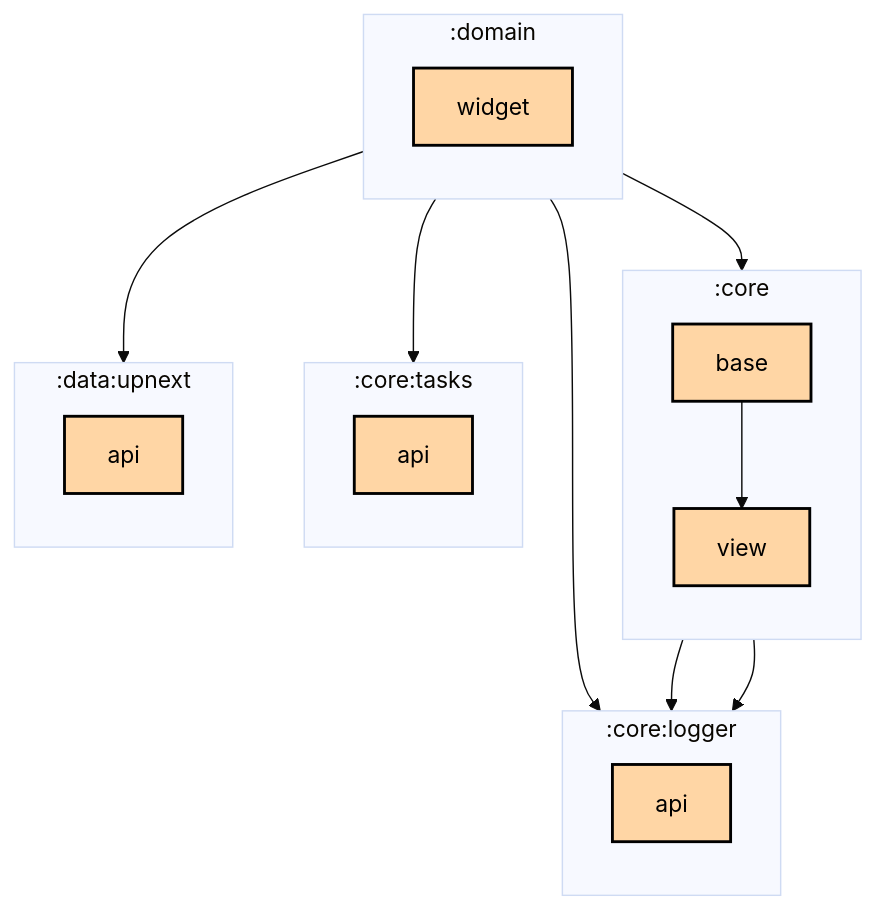
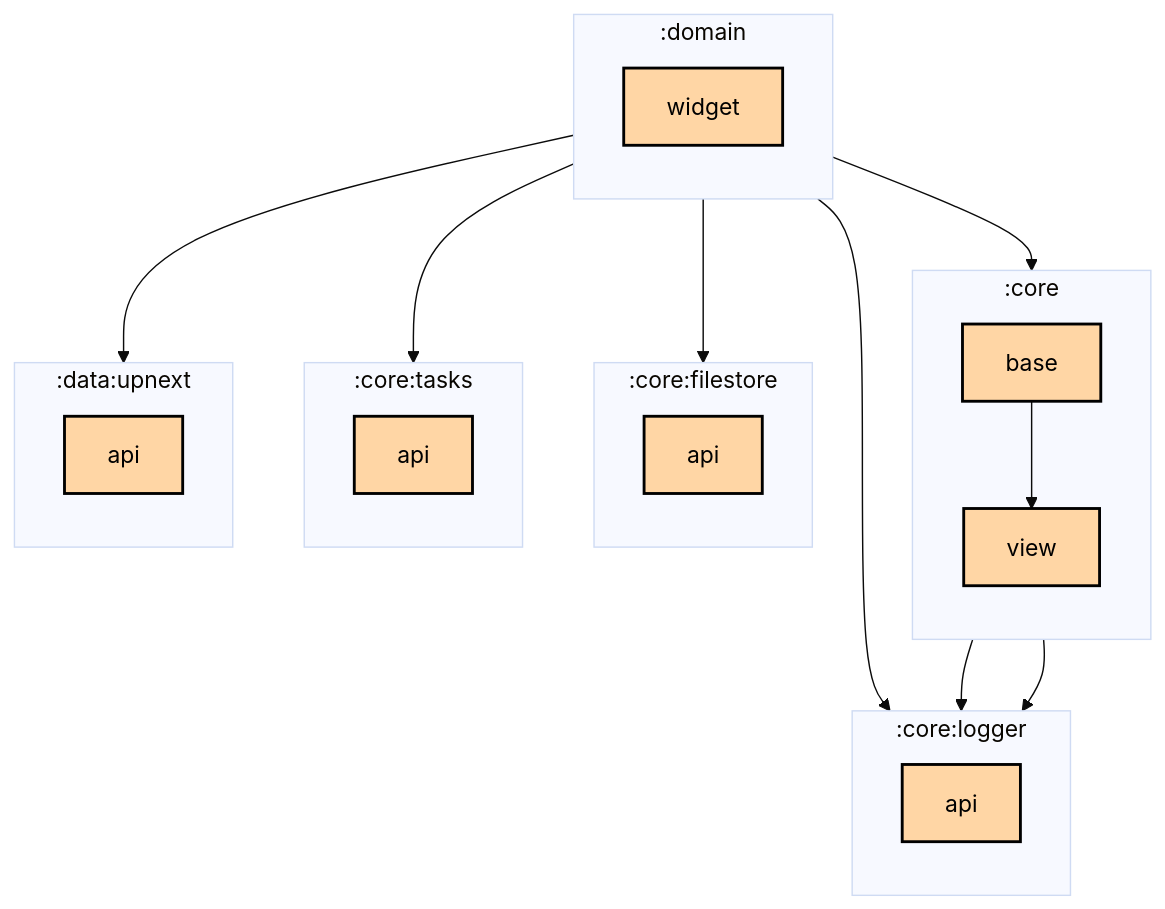
One commit to thomaskioko/tv-maniac changed the first of 2 diagrams in domain/widget/README.md. Above: the diagram before and after it, drawn with Mermaid (base theme). The commit also changed 4 other files, not shown here.

Commit message:
Write the widget snapshot through the filestore

````diff
--- a/domain/widget/README.md
+++ b/domain/widget/README.md
@@ -6,38 +6,43 @@
 ```mermaid
 graph TB
   subgraph :core
     direction TB
     :core:base[base]:::multiplatform
     :core:view[view]:::multiplatform
+  end
+  subgraph :core:filestore
+    direction TB
+    :core:filestore:api[api]:::multiplatform
   end
   subgraph :core:logger
     direction TB
     :core:logger:api[api]:::multiplatform
   end
   subgraph :core:tasks
     direction TB
     :core:tasks:api[api]:::multiplatform
   end
   subgraph :data:upnext
     direction TB
     :data:upnext:api[api]:::multiplatform
   end
   subgraph :domain
     direction TB
     :domain:widget[widget]:::multiplatform
   end
 
   :core:base --> :core:logger:api
   :core:base --> :core:view
   :core:view --> :core:logger:api
   :domain:widget --> :core:base
+  :domain:widget --> :core:filestore:api
   :domain:widget --> :core:logger:api
   :domain:widget --> :core:tasks:api
   :domain:widget --> :data:upnext:api
 
 classDef application fill:#CAFFBF,stroke:#000,stroke-width:2px,color:#000;
 classDef multiplatform fill:#FFD6A5,stroke:#000,stroke-width:2px,color:#000;
 classDef android-library fill:#9BF6FF,stroke:#000,stroke-width:2px,color:#000;
 classDef jvm-library fill:#BDB2FF,stroke:#000,stroke-width:2px,color:#000;
 classDef unknown fill:#FFADAD,stroke:#000,stroke-width:2px,color:#000;
 ```
````
